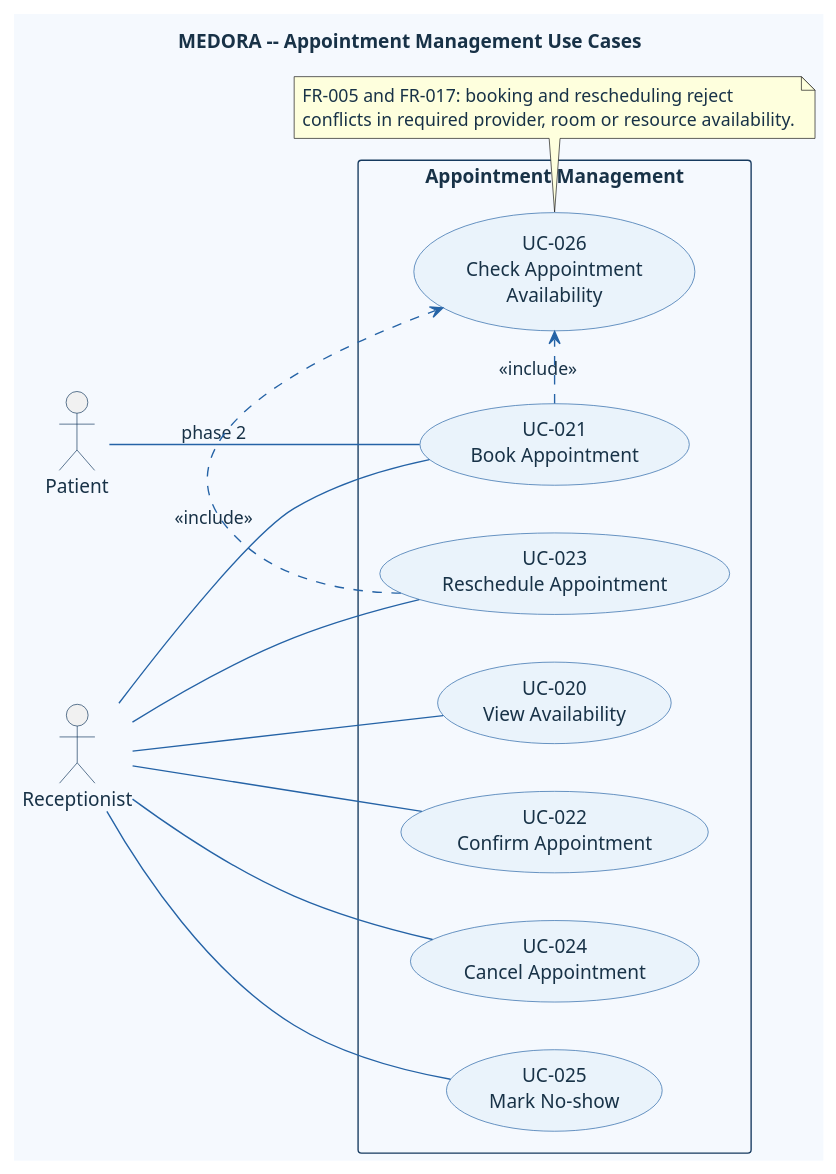
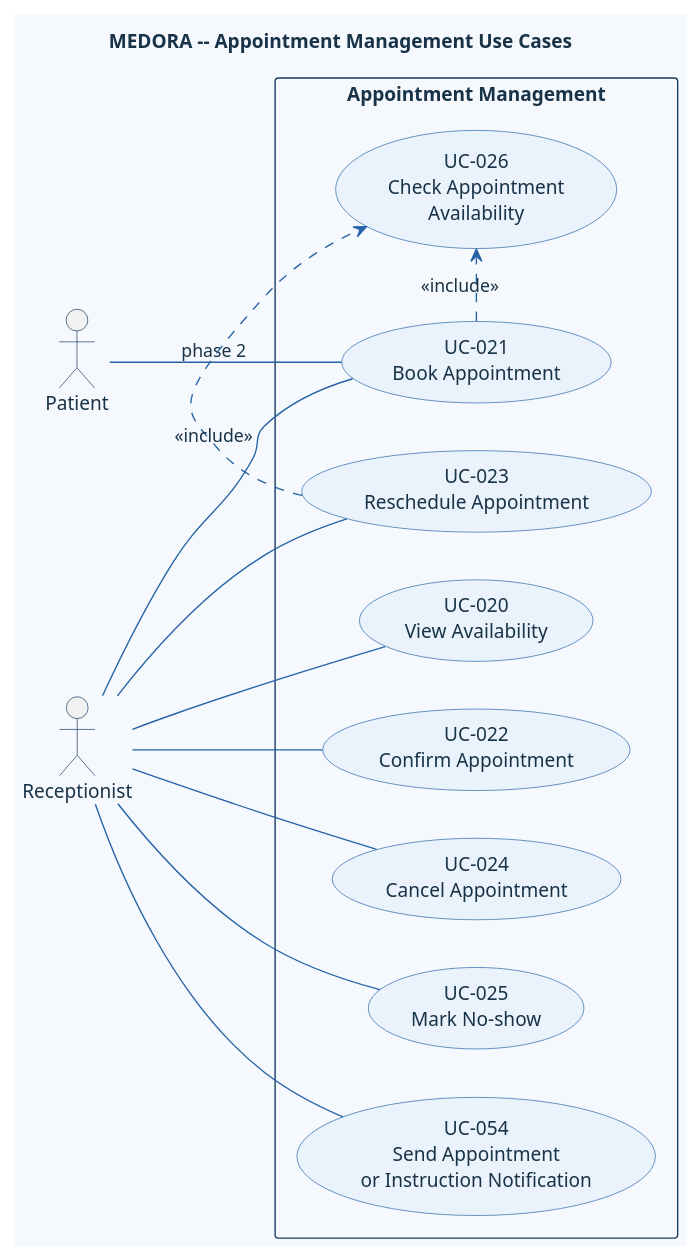
Before and after one commit to DucDung-1107/SysDes_2026.1_Group_08: the diagram in doc/asset/03-system-requirements/use-case-by-function/appointment/uml_code/appointment-and-queue.puml, drawn with PlantUML. The commit also changed 34 other files, not shown here.

```diff
--- a/doc/asset/03-system-requirements/use-case-by-function/appointment/uml_code/appointment-and-queue.puml
+++ b/doc/asset/03-system-requirements/use-case-by-function/appointment/uml_code/appointment-and-queue.puml
@@ -1,45 +1,43 @@
 @startuml
 title MEDORA -- Appointment Management Use Cases
 left to right direction
 skinparam shadowing false
 skinparam defaultFontName Arial
 skinparam defaultFontColor #183247
 skinparam backgroundColor #F5F9FE
 skinparam ArrowColor #2563A6
 skinparam UsecaseBackgroundColor #EAF3FB
 skinparam UsecaseBorderColor #2563A6
 skinparam UsecaseFontColor #183247
 skinparam ActorBorderColor #163A5F
 skinparam ActorFontColor #183247
 skinparam RectangleBackgroundColor #F5F9FE
 skinparam RectangleBorderColor #163A5F
 
 actor Patient as patient
 actor Receptionist as reception
 
 rectangle "Appointment Management" {
   usecase "UC-020\nView Availability" as availability
   usecase "UC-021\nBook Appointment" as book
   usecase "UC-022\nConfirm Appointment" as confirm
   usecase "UC-023\nReschedule Appointment" as reschedule
   usecase "UC-024\nCancel Appointment" as cancel
   usecase "UC-025\nMark No-show" as noshow
   usecase "UC-026\nCheck Appointment\nAvailability" as validate
+  usecase "UC-054\nSend Appointment\nor Instruction Notification" as notification
 }
 
 patient -- book : phase 2
 reception -- availability
 reception -- book
 reception -- confirm
 reception -- reschedule
 reception -- cancel
 reception -- noshow
+reception -- notification
 
 book .> validate : <<include>>
 reschedule .> validate : <<include>>
 
-note bottom of validate
-  FR-005 and FR-017: booking and rescheduling reject
-  conflicts in required provider, room or resource availability.
-end note
 @enduml
```
